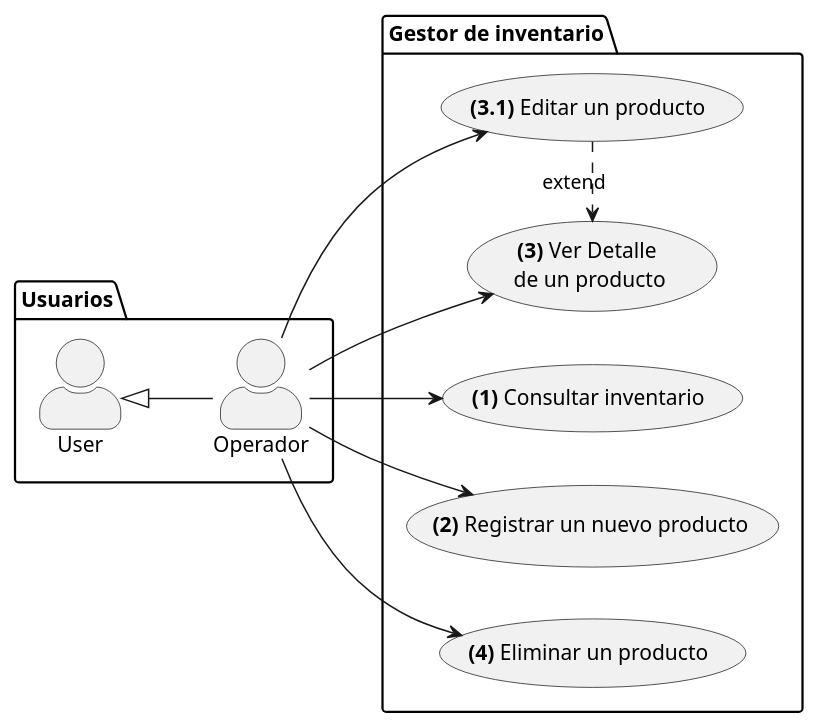
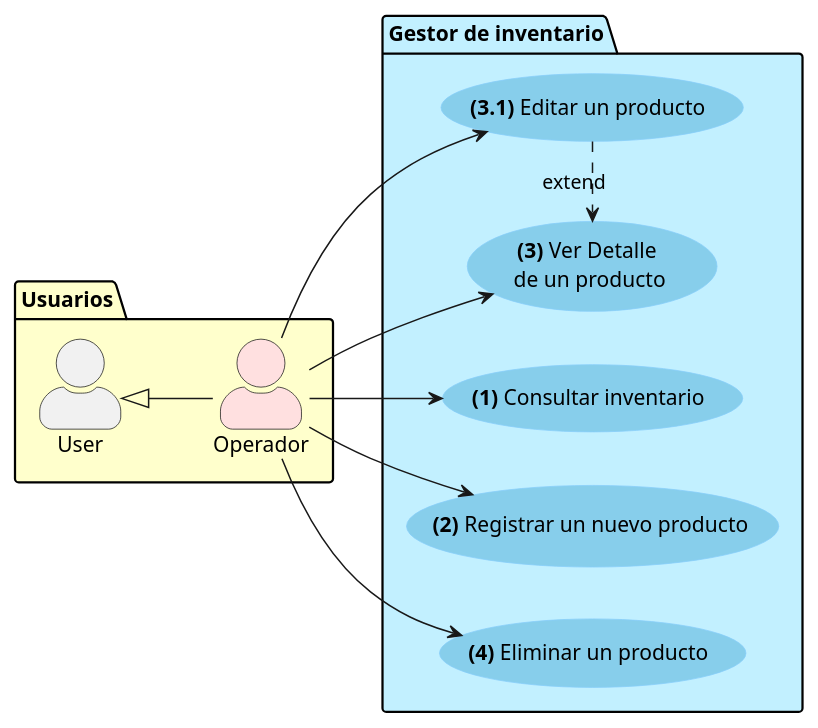
The diagram in doc/casos-de-uso/inventario.wsd (calmecac-community/lacandon), drawn with PlantUML before and after one commit. The commit also changed 19 other files, not shown here.

```diff
--- a/doc/casos-de-uso/inventario.wsd
+++ b/doc/casos-de-uso/inventario.wsd
@@ -1,29 +1,34 @@
 @startuml inventario
 left to right direction
 skinparam actorStyle awesome
 
-package Usuarios {
+skinparam usecase {
+  BackgroundColor SkyBlue
+  BorderColor LightSkyBlue
+}
+
+package Usuarios #BUSINESS{
   actor User
-  actor Operador
+  actor Operador #IMPLEMENTATION
 
   User <|-- Operador
 }
 
-package "Gestor de inventario" {
+package "Gestor de inventario" #APPLICATION {
   usecase "<b>(1)</b> Consultar inventario" as consultarProductos
   usecase "<b>(2)</b> Registrar un nuevo producto" as registrarProducto
   usecase "<b>(3)</b> Ver Detalle \nde un producto" as verProducto
   usecase "<b>(3.1)</b> Editar un producto" as editarProducto
   usecase "<b>(4)</b> Eliminar un producto" as eliminarProducto
 }
 
 
 editarProducto .> verProducto: extend
 
 Operador --> consultarProductos
 Operador --> registrarProducto
 Operador --> verProducto
 Operador --> editarProducto
 Operador --> eliminarProducto
 
 @enduml
```
